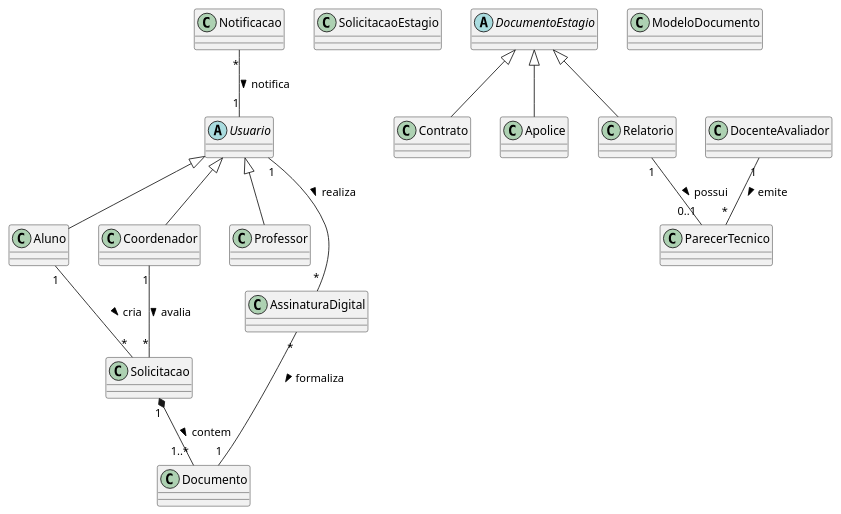
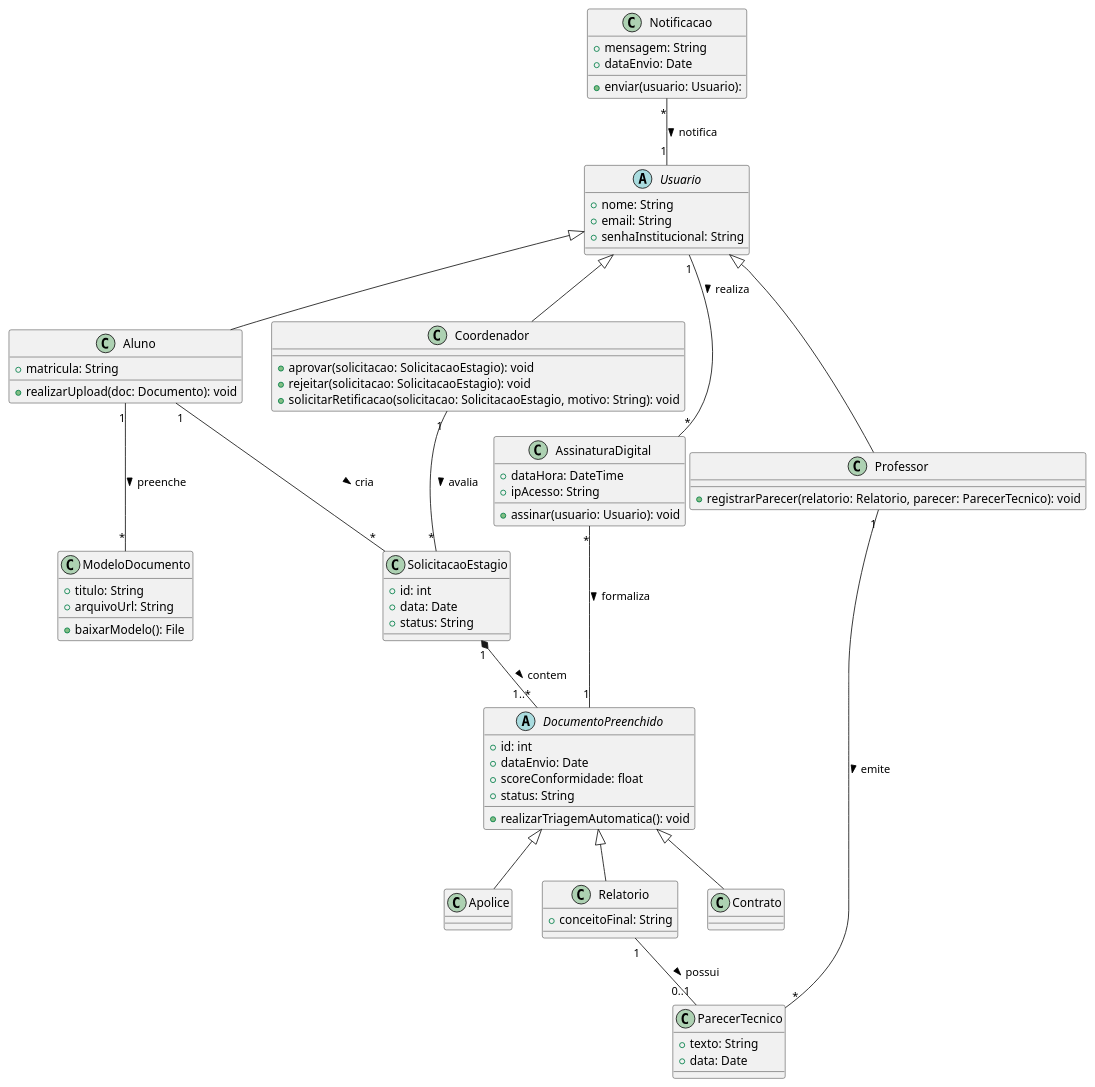
One commit to Projetos-de-Extensao/PBE_26.1_8001_I changed the diagram in mkdocs/Elaboracao/diagrama_de_classes.md. Above: the diagram before and after it, drawn with PlantUML.

Commit message:
Atualiza o Diagrama de Classes com a inclusão de atributos e métodos, e também com correção de algumas classes

````diff
--- a/mkdocs/Elaboracao/diagrama_de_classes.md
+++ b/mkdocs/Elaboracao/diagrama_de_classes.md
@@ -18,80 +18,81 @@
 ```plantuml
 @startuml
 abstract class Usuario {
-	' + nome: String
-	' + email: String
-	' + senhaInstitucional: String
+	+ nome: String
+	+ email: String
+	+ senhaInstitucional: String
 }
 
 class Aluno extends Usuario {
-	' + matricula: String
-	' + realizarUpload(doc: Documento): void
+	+ matricula: String
+	+ realizarUpload(doc: Documento): void
 }
 
 class Coordenador extends Usuario {
-	' + aprovar(solicitacao: SolicitacaoEstagio): void
-	' + rejeitar(solicitacao: SolicitacaoEstagio): void
-	' + solicitarRetificacao(solicitacao: SolicitacaoEstagio, motivo: String): void
+	+ aprovar(solicitacao: SolicitacaoEstagio): void
+	+ rejeitar(solicitacao: SolicitacaoEstagio): void
+	+ solicitarRetificacao(solicitacao: SolicitacaoEstagio, motivo: String): void
 }
 
 class Professor extends Usuario {
-	' + registrarParecer(relatorio: Relatorio, parecer: ParecerTecnico): void
+	+ registrarParecer(relatorio: Relatorio, parecer: ParecerTecnico): void
 }
 
 class SolicitacaoEstagio {
-	' + id: int
-	' + data: Date
-	' + status: String
+	+ id: int
+	+ data: Date
+	+ status: String
 }
 
-abstract class DocumentoEstagio {
-	' + id: int
-	' + dataEnvio: Date
-	' + scoreConformidade: float
-	' + status: String
-	' + realizarTriagemAutomatica(): void
+abstract class DocumentoPreenchido {
+	+ id: int
+	+ dataEnvio: Date
+	+ scoreConformidade: float
+	+ status: String
+	+ realizarTriagemAutomatica(): void
 }
 
-class Contrato extends DocumentoEstagio {}
+class Contrato extends DocumentoPreenchido {}
 
-class Apolice extends DocumentoEstagio {}
+class Apolice extends DocumentoPreenchido {}
 
-class Relatorio extends DocumentoEstagio {
-	' + conceitoFinal: String
+class Relatorio extends DocumentoPreenchido {
+	+ conceitoFinal: String
 }
 
 class ParecerTecnico {
-'   + texto: String
-'   + data: Date
+	+ texto: String
+    + data: Date
 }
 
 class AssinaturaDigital {
-	' + dataHora: DateTime
-	' + ipAcesso: String
-	' + assinar(usuario: Usuario): void
+	+ dataHora: DateTime
+	+ ipAcesso: String
+	+ assinar(usuario: Usuario): void
 }
 
 class ModeloDocumento {
-	' + titulo: String
-	' + arquivoUrl: String
-	' + baixarModelo(): File
+	+ titulo: String
+	+ arquivoUrl: String
+	+ baixarModelo(): File
 }
 
 class Notificacao {
-	' + mensagem: String
-	' + dataEnvio: Date
-	' + enviar(usuario: Usuario):
+	+ mensagem: String
+	+ dataEnvio: Date
+	+ enviar(usuario: Usuario):
 }
 
 
-Aluno "1" -- "*" Solicitacao : cria >
-Solicitacao "1" *-- "1..*" Documento : contem >
-Coordenador "1" -- "*" Solicitacao : avalia >
+Aluno "1" -- "*" SolicitacaoEstagio : cria >
+Aluno "1" == "*" ModeloDocumento : preenche >
+SolicitacaoEstagio "1" *-- "1..*" DocumentoPreenchido : contem >
+Coordenador "1" -- "*" SolicitacaoEstagio : avalia >
 Relatorio "1" -- "0..1" ParecerTecnico : possui >
-DocenteAvaliador "1" -- "*" ParecerTecnico : emite >
-AssinaturaDigital "*" -- "1" Documento : formaliza >
+Professor "1" -- "*" ParecerTecnico : emite >
+AssinaturaDigital "*" -- "1" DocumentoPreenchido : formaliza >
 Usuario "1" -- "*" AssinaturaDigital : realiza >
 Notificacao "*" -- "1" Usuario : notifica >
 
 @enduml
 ```
````
